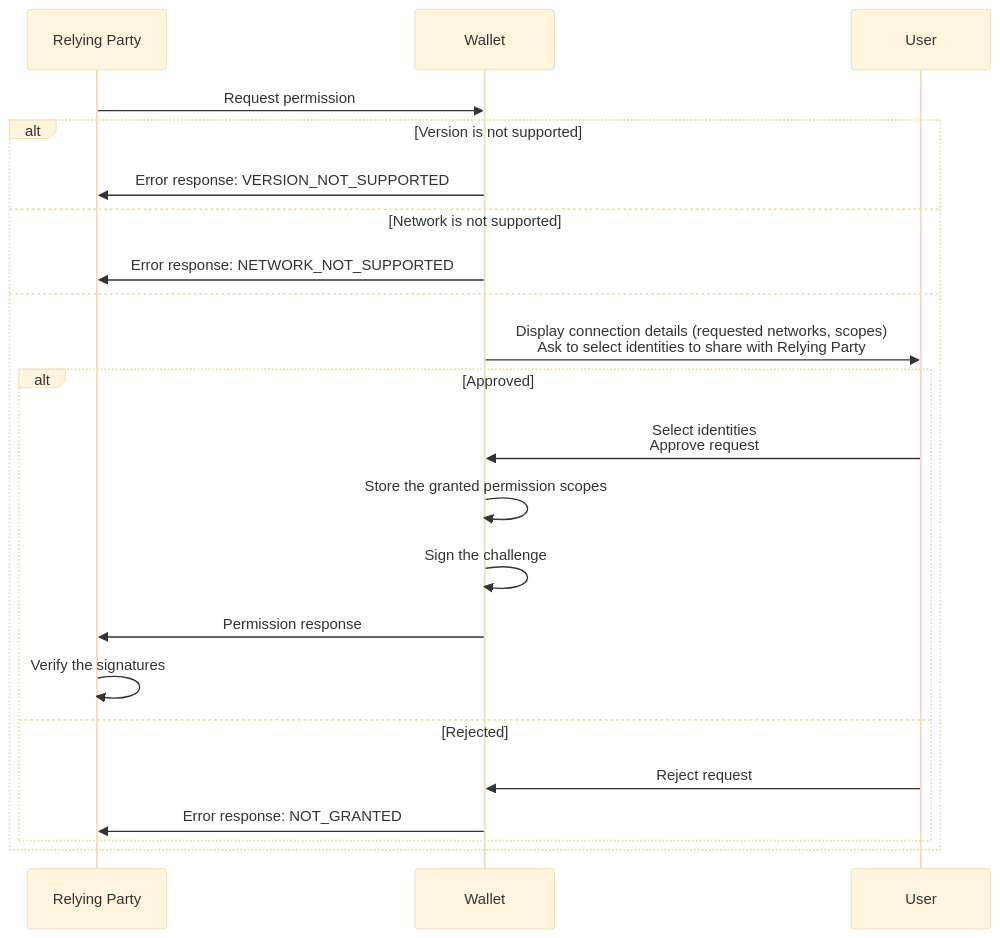
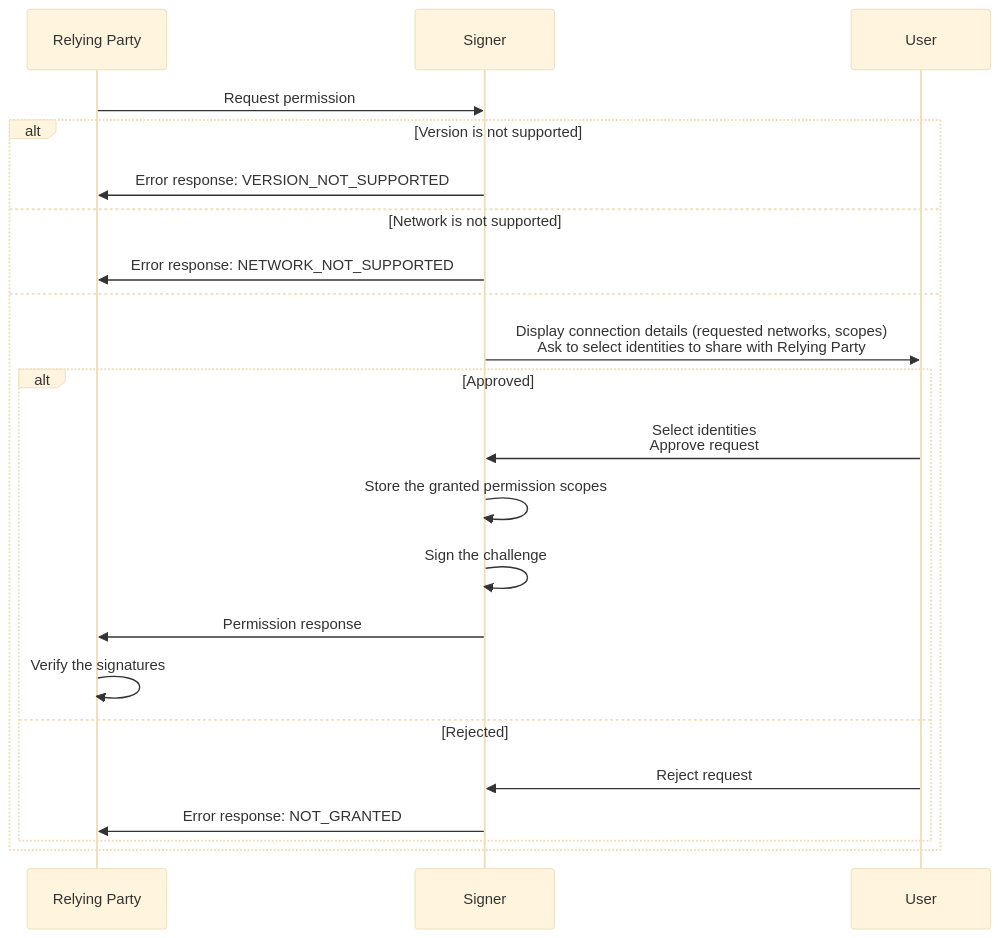
The first of 2 diagrams in topics/wallet-interaction-standard.md (dfinity/wg-identity-authentication), drawn with Mermaid (base theme) before and after one commit. The commit also changed other lines of this file, not shown here.

First line of the commit message:
Rename ICRC-25 to use signer instead of wallet

````diff
--- a/topics/wallet-interaction-standard.md
+++ b/topics/wallet-interaction-standard.md
@@ -88,25 +88,25 @@
 ```mermaid
 sequenceDiagram
     participant RP as Relying Party
-    participant W as Wallet
+    participant S as Signer
     participant U as User
 
-    RP ->> W: Request permission
+    RP ->> S: Request permission
     alt Version is not supported
-        W ->> RP: Error response: VERSION_NOT_SUPPORTED
+        S ->> RP: Error response: VERSION_NOT_SUPPORTED
     else Network is not supported
-        W ->> RP: Error response: NETWORK_NOT_SUPPORTED
+        S ->> RP: Error response: NETWORK_NOT_SUPPORTED
     else
-        W ->> U: Display connection details (requested networks, scopes)<br/> Ask to select identities to share with Relying Party
+        S ->> U: Display connection details (requested networks, scopes)<br/> Ask to select identities to share with Relying Party
         alt Approved
-            U ->> W: Select identities<br/>Approve request
-            W ->> W: Store the granted permission scopes
-            W ->> W: Sign the challenge
-            W ->> RP: Permission response
+            U ->> S: Select identities<br/>Approve request
+            S ->> S: Store the granted permission scopes
+            S ->> S: Sign the challenge
+            S ->> RP: Permission response
             RP ->> RP: Verify the signatures
         else Rejected
-            U ->> W: Reject request
-            W ->> RP: Error response: NOT_GRANTED
+            U ->> S: Reject request
+            S ->> RP: Error response: NOT_GRANTED
         end
     end
 ```
````
